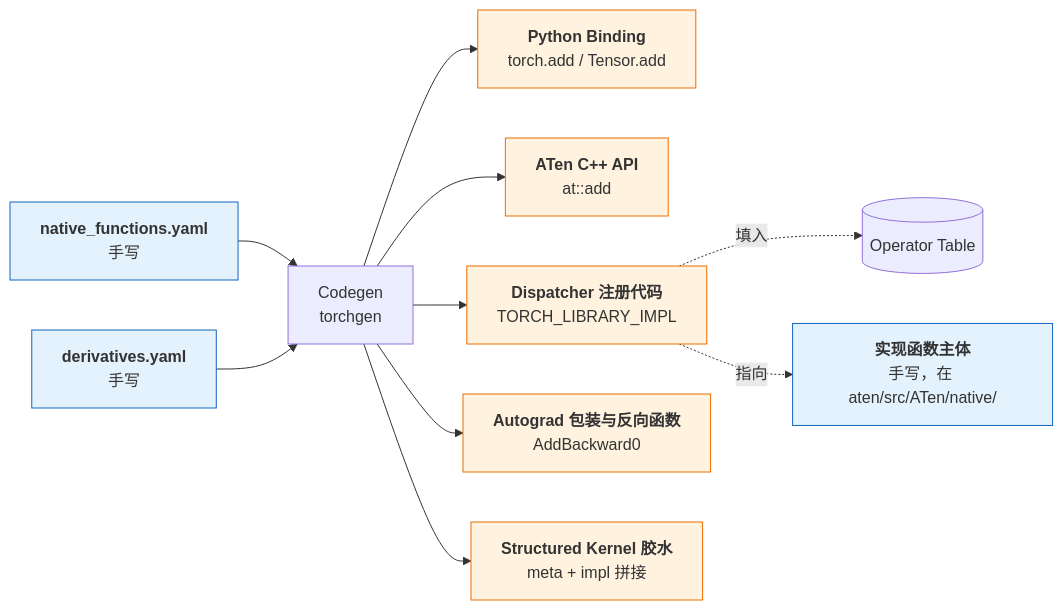
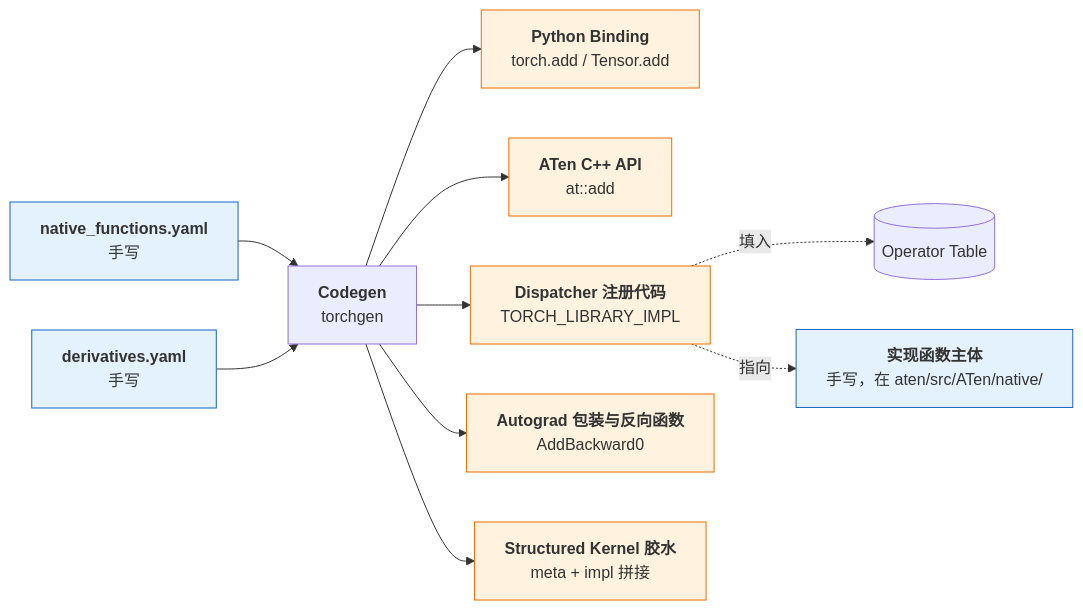
Before and after one commit to arganzheng/arganzheng.github.com: the third of 6 diagrams in _posts/2026-02-21-pytorch-dispatcher-and-operator-system.md, drawn with Mermaid. The commit also changed other lines of this file and 9 other files, not shown here.

First line of the commit message:
PyTorch 系列其余 9 篇：流程图方框改成「标题 + 列表」

````diff
--- a/_posts/2026-02-21-pytorch-dispatcher-and-operator-system.md
+++ b/_posts/2026-02-21-pytorch-dispatcher-and-operator-system.md
@@ -563,17 +564,18 @@
 ```mermaid
+%%{init: {"flowchart": {"wrappingWidth": 440}}}%%
 %% 图：原生算子的 Codegen：蓝色是开发者手写的，橙色是 torchgen 生成的
 flowchart LR
-    Y1["<b>native_functions.yaml</b><br/>手写"] --> CG["Codegen<br/>torchgen"]
+    Y1["<b>native_functions.yaml</b><br/>手写"] --> CG["<b>Codegen</b><br/>torchgen"]
     Y2["<b>derivatives.yaml</b><br/>手写"] --> CG
     CG --> PB["<b>Python Binding</b><br/>torch.add / Tensor.add"]
     CG --> API["<b>ATen C++ API</b><br/>at::add"]
     CG --> REG["<b>Dispatcher 注册代码</b><br/>TORCH_LIBRARY_IMPL"]
     CG --> AG["<b>Autograd 包装与反向函数</b><br/>AddBackward0"]
     CG --> SK["<b>Structured Kernel 胶水</b><br/>meta + impl 拼接"]
     REG -.填入.-> OT[("Operator Table")]
     REG -.指向.-> IMPL["<b>实现函数主体</b><br/>手写，在 aten/src/ATen/native/"]
     classDef hand fill:#e3f2fd,stroke:#1565c0;
     classDef gen fill:#fff3e0,stroke:#ef6c00;
     class Y1,Y2,IMPL hand;
     class PB,API,REG,AG,SK gen;
 ```
````
